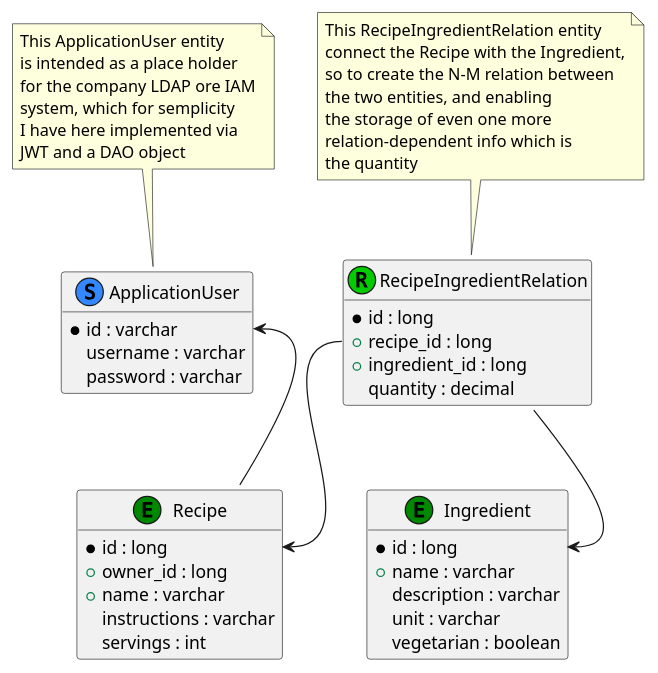
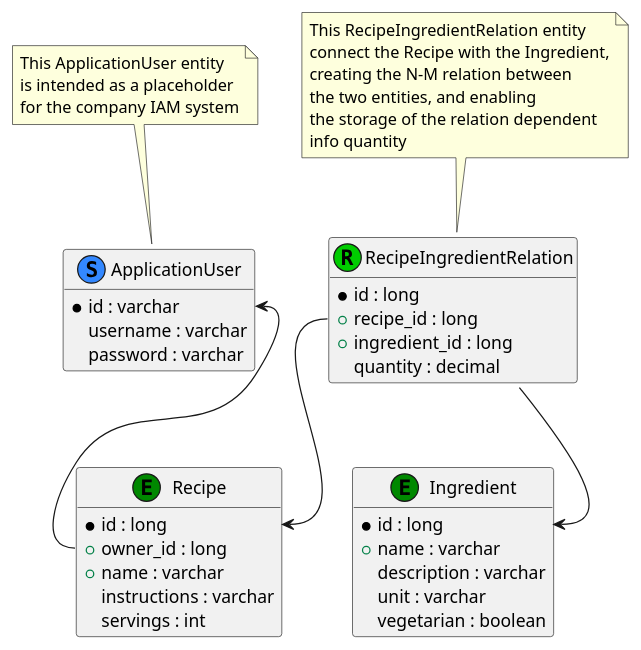
The diagram in documentation/solution/data-model.puml (brunasti/recipes-application), drawn with PlantUML before and after one commit. The commit also changed 6 other files, not shown here.

```diff
--- a/documentation/solution/data-model.puml
+++ b/documentation/solution/data-model.puml
@@ -1,68 +1,64 @@
 @startuml
 'https://plantuml.com/class-diagram
 
 
 hide method
 
 class User as "ApplicationUser" << (S,#3388FF) >>
 {
     * id : varchar
     username : varchar
     password : varchar
 }
 
 note top of User
  This ApplicationUser entity
- is intended as a place holder
- for the company LDAP ore IAM
- system, which for semplicity
- I have here implemented via
- JWT and a DAO object
+ is intended as a placeholder
+ for the company IAM system
 end note
 
 class Recipe << (E,#008800) >>
 {
     * id : long
     + owner_id : long
     + name : varchar
     instructions : varchar
     servings : int
 }
 
 class Ingredient << (E,#008800) >>
 {
     * id : long
     + name : varchar
     description : varchar
     unit : varchar
     vegetarian : boolean
 }
 
 
-Recipe::owner_user_id -u-> User::id
+Recipe::owner_id -u-> User::id
 
 
 class RecipeIngredientRelation  << (R,#00CC00) >>
  {
     * id : long
     + recipe_id : long
     + ingredient_id : long
     quantity : decimal
 }
 
 note top of RecipeIngredientRelation
  This RecipeIngredientRelation entity
  connect the Recipe with the Ingredient,
- so to create the N-M relation between
+ creating the N-M relation between
  the two entities, and enabling
- the storage of even one more
- relation-dependent info which is
- the quantity
+ the storage of the relation dependent
+ info quantity
 end note
 
 
 Recipe::id <-u- RecipeIngredientRelation::recipe_id
 Ingredient::id <-u- RecipeIngredientRelation::product_id
 
 
 @enduml
```
